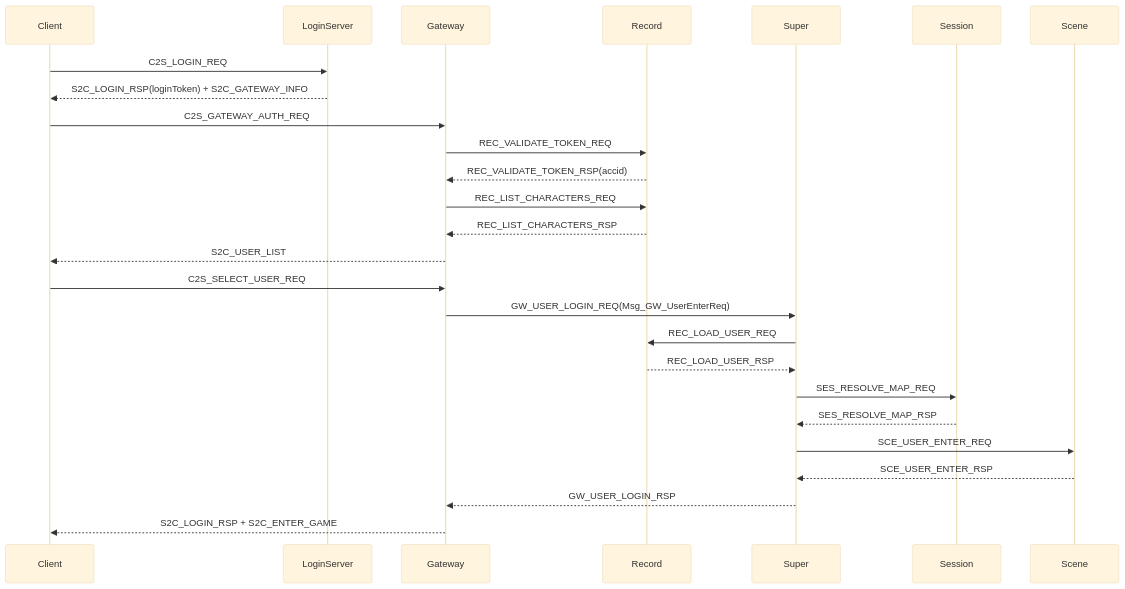
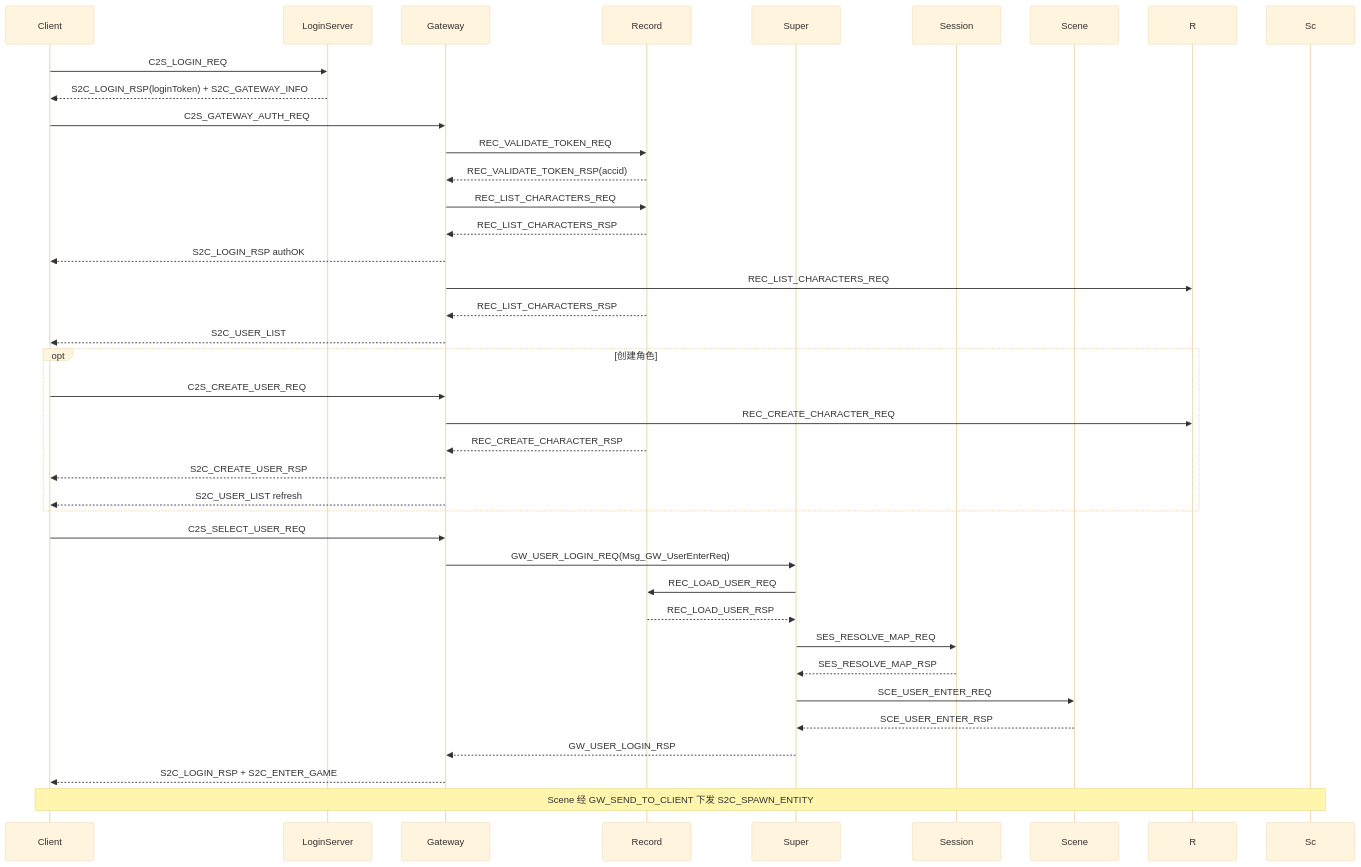
Before and after one commit to hechuangguo/RPG_Server: the diagram in docs/PROTOCOL.md, drawn with Mermaid (base theme). The commit also changed other lines of this file and 39 other files, not shown here.

````diff
--- a/docs/PROTOCOL.md
+++ b/docs/PROTOCOL.md
@@ -200,29 +201,40 @@
 ```mermaid
 sequenceDiagram
     participant C as Client
     participant LS as LoginServer
     participant GW as Gateway
     participant REC as Record
     participant SS as Super
     participant SES as Session
     participant SCE as Scene
 
     C->>LS: C2S_LOGIN_REQ
     LS-->>C: S2C_LOGIN_RSP(loginToken) + S2C_GATEWAY_INFO
     C->>GW: C2S_GATEWAY_AUTH_REQ
     GW->>REC: REC_VALIDATE_TOKEN_REQ
     REC-->>GW: REC_VALIDATE_TOKEN_RSP(accid)
     GW->>REC: REC_LIST_CHARACTERS_REQ
     REC-->>GW: REC_LIST_CHARACTERS_RSP
+    GW-->>C: S2C_LOGIN_RSP authOK
+    GW->>R: REC_LIST_CHARACTERS_REQ
+    REC-->>GW: REC_LIST_CHARACTERS_RSP
     GW-->>C: S2C_USER_LIST
+    opt 创建角色
+        C->>GW: C2S_CREATE_USER_REQ
+        GW->>R: REC_CREATE_CHARACTER_REQ
+        REC-->>GW: REC_CREATE_CHARACTER_RSP
+        GW-->>C: S2C_CREATE_USER_RSP
+        GW-->>C: S2C_USER_LIST refresh
+    end
     C->>GW: C2S_SELECT_USER_REQ
     GW->>SS: GW_USER_LOGIN_REQ(Msg_GW_UserEnterReq)
     SS->>REC: REC_LOAD_USER_REQ
     REC-->>SS: REC_LOAD_USER_RSP
     SS->>SES: SES_RESOLVE_MAP_REQ
     SES-->>SS: SES_RESOLVE_MAP_RSP
     SS->>SCE: SCE_USER_ENTER_REQ
     SCE-->>SS: SCE_USER_ENTER_RSP
     SS-->>GW: GW_USER_LOGIN_RSP
     GW-->>C: S2C_LOGIN_RSP + S2C_ENTER_GAME
+    Note over Sc,C: Scene 经 GW_SEND_TO_CLIENT 下发 S2C_SPAWN_ENTITY
 ```
````
